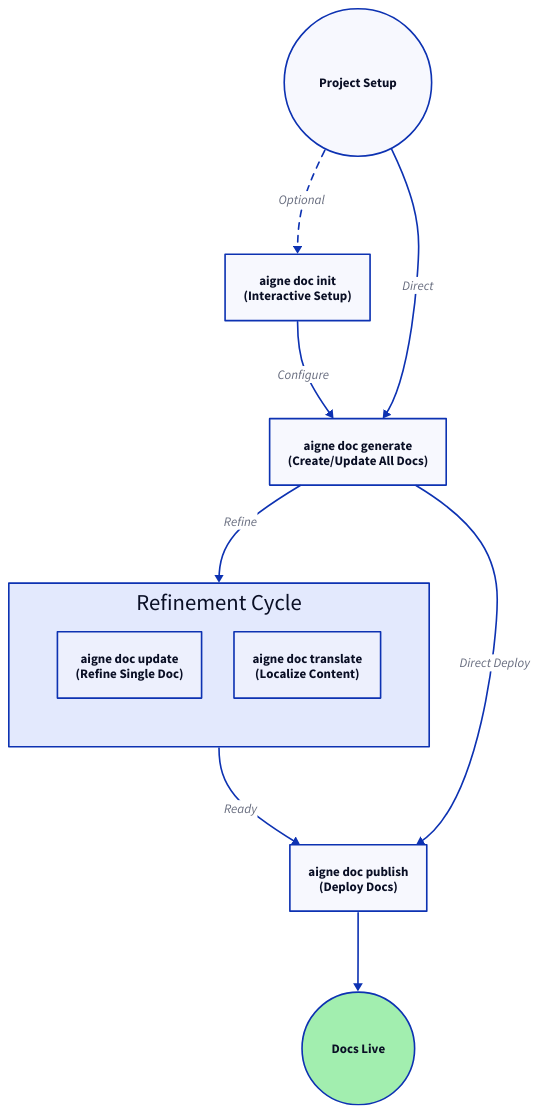
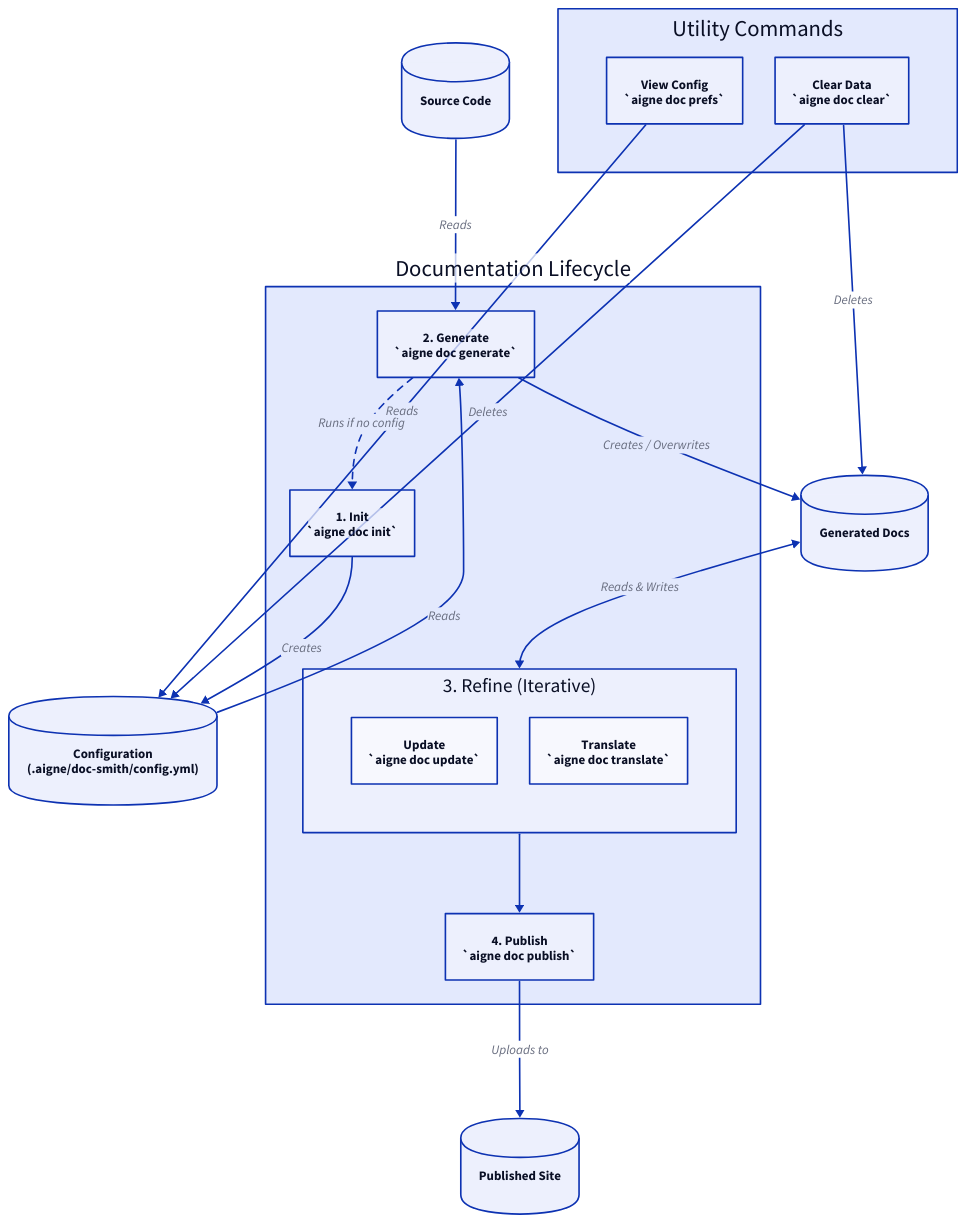
The diagram in docs/cli-reference.md (AIGNE-io/aigne-doc-smith), drawn with D2 before and after one commit. The commit also changed other lines of this file and 26 other files, not shown here.

````diff
--- a/docs/cli-reference.md
+++ b/docs/cli-reference.md
@@ -15,52 +15,95 @@
 ```d2
 direction: down
 
-Start: {
-  label: "Project Setup"
-  shape: circle
+# Artifacts
+Source-Code: {
+  label: "Source Code"
+  shape: cylinder
+}
+Configuration: {
+  label: "Configuration\n(.aigne/doc-smith/config.yml)"
+  shape: cylinder
+}
+Generated-Docs: {
+  label: "Generated Docs"
+  shape: cylinder
+}
+Published-Docs: {
+  label: "Published Site"
+  shape: cylinder
 }
 
-init: {
-  label: "aigne doc init\n(Interactive Setup)"
-  shape: rectangle
-}
+# --- Core Workflow ---
+Lifecycle: {
+  label: "Documentation Lifecycle"
+  
+  init: {
+    label: "1. Init\n`aigne doc init`"
+    shape: rectangle
+  }
 
-generate: {
-  label: "aigne doc generate\n(Create/Update All Docs)"
-  shape: rectangle
-}
+  generate: {
+    label: "2. Generate\n`aigne doc generate`"
+    shape: rectangle
+  }
 
-refinement-cycle: {
-  label: "Refinement Cycle"
-  shape: rectangle
-  grid-columns: 2
+  Refinement: {
+    label: "3. Refine (Iterative)"
+    grid-columns: 2
 
-  update: {
-    label: "aigne doc update\n(Refine Single Doc)"
+    update: {
+      label: "Update\n`aigne doc update`"
+      shape: rectangle
+    }
+    translate: {
+      label: "Translate\n`aigne doc translate`"
+      shape: rectangle
+    }
   }
-  translate: {
-    label: "aigne doc translate\n(Localize Content)"
+
+  publish: {
+    label: "4. Publish\n`aigne doc publish`"
+    shape: rectangle
   }
 }
 
-publish: {
-  label: "aigne doc publish\n(Deploy Docs)"
-  shape: rectangle
+# --- Utility Commands ---
+Utilities: {
+  label: "Utility Commands"
+  grid-columns: 2
+  
+  prefs: {
+    label: "View Config\n`aigne doc prefs`"
+    shape: rectangle
+  }
+  clear: {
+    label: "Clear Data\n`aigne doc clear`"
+    shape: rectangle
+  }
 }
 
-End: {
-  label: "Docs Live"
-  shape: circle
-  style.fill: "#a2eeaf"
+
+# --- Connections ---
+
+# Setup and Generation
+Lifecycle.init -> Configuration: "Creates"
+Source-Code -> Lifecycle.generate: "Reads"
+Configuration -> Lifecycle.generate: "Reads"
+Lifecycle.generate -> Generated-Docs: "Creates / Overwrites"
+Lifecycle.generate -> Lifecycle.init: {
+  label: "Runs if no config"
+  style.stroke-dash: 4
 }
 
-Start -> init: "Optional" {
-  style.stroke-dash: 4
-}
-init -> generate: "Configure"
-Start -> generate: "Direct"
-generate -> refinement-cycle: "Refine"
-refinement-cycle -> publish: "Ready"
-generate -> publish: "Direct Deploy"
-publish -> End
+# Refinement Loop
+Generated-Docs <-> Lifecycle.Refinement: "Reads & Writes"
+
+# Publishing
+Lifecycle.Refinement -> Lifecycle.publish
+Lifecycle.publish -> Published-Docs: "Uploads to"
+
+# Utility Connections
+Utilities.prefs -> Configuration: "Reads"
+Utilities.clear -> Configuration: "Deletes"
+Utilities.clear -> Generated-Docs: "Deletes"
 ```
````
